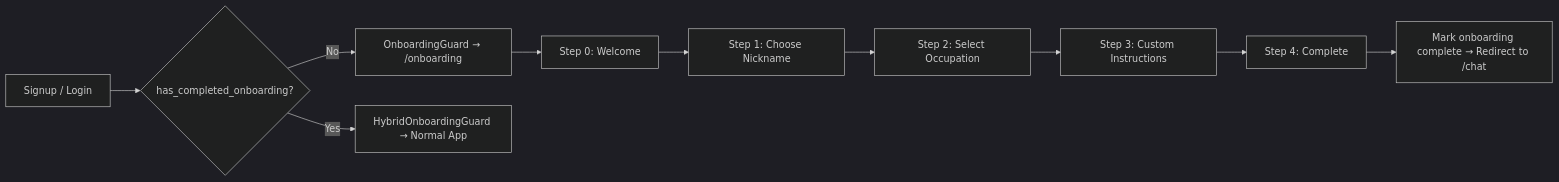
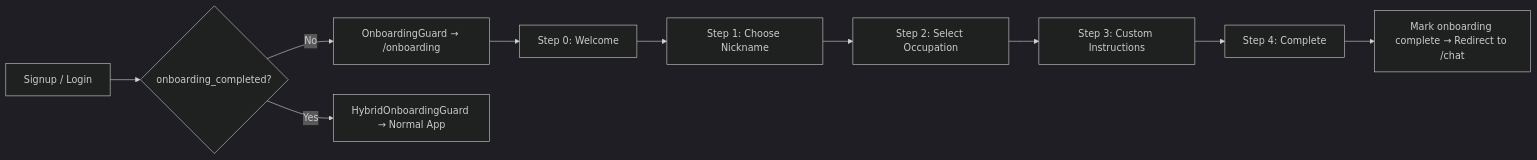
One commit to sree-ai-assistant/sree.ai changed the second of 3 diagrams in project-context/04-authentication-and-users.md. Above: the diagram before and after it, drawn with Mermaid (dark theme). The commit also changed other lines of this file and 9 other files, not shown here.

````diff
--- a/project-context/04-authentication-and-users.md
+++ b/project-context/04-authentication-and-users.md
@@ -149,13 +163,13 @@
 ```mermaid
 graph LR
-    A["Signup / Login"] --> B{"has_completed_onboarding?"}
+    A["Signup / Login"] --> B{"onboarding_completed?"}
     B -->|"No"| C["OnboardingGuard → /onboarding"]
     B -->|"Yes"| D["HybridOnboardingGuard → Normal App"]
 
     C --> E["Step 0: Welcome"]
     E --> F["Step 1: Choose Nickname"]
     F --> G["Step 2: Select Occupation"]
     G --> H["Step 3: Custom Instructions"]
     H --> I["Step 4: Complete"]
     I --> J["Mark onboarding complete → Redirect to /chat"]
 ```
````
